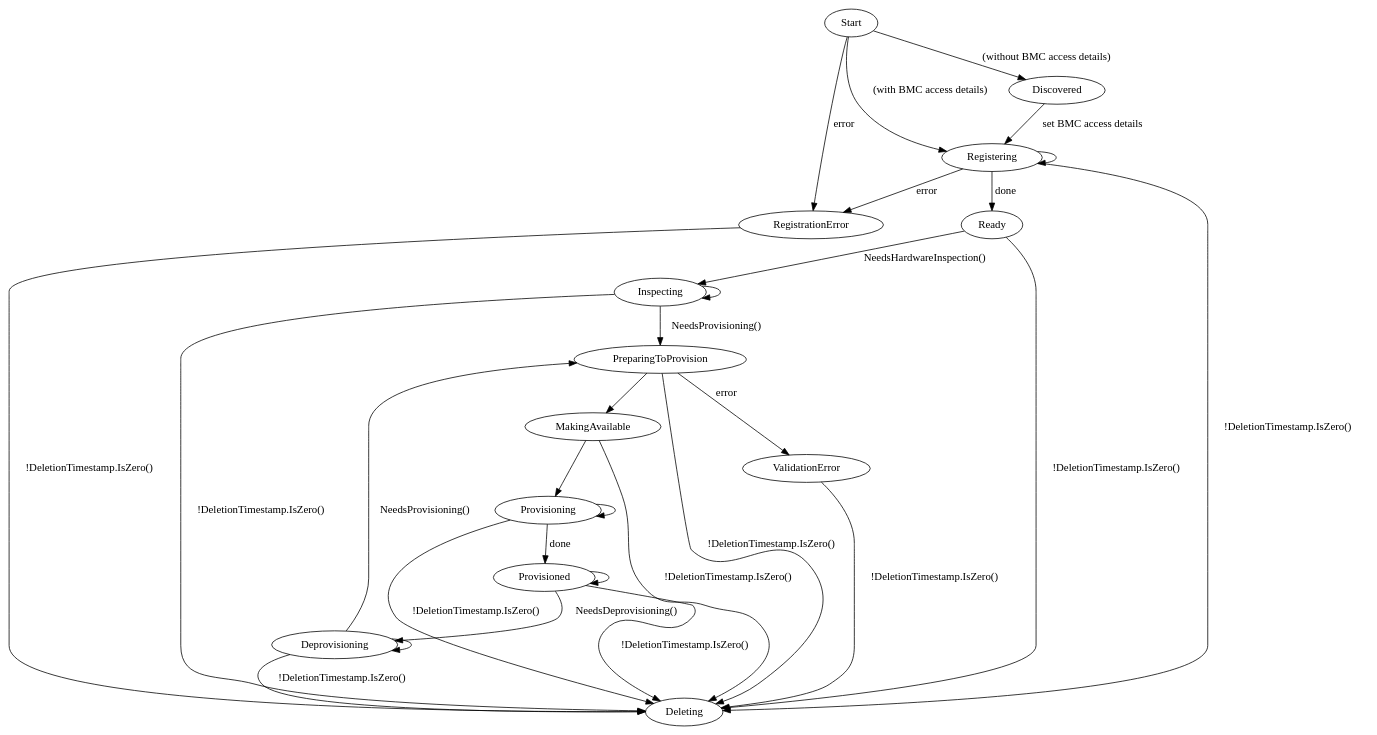
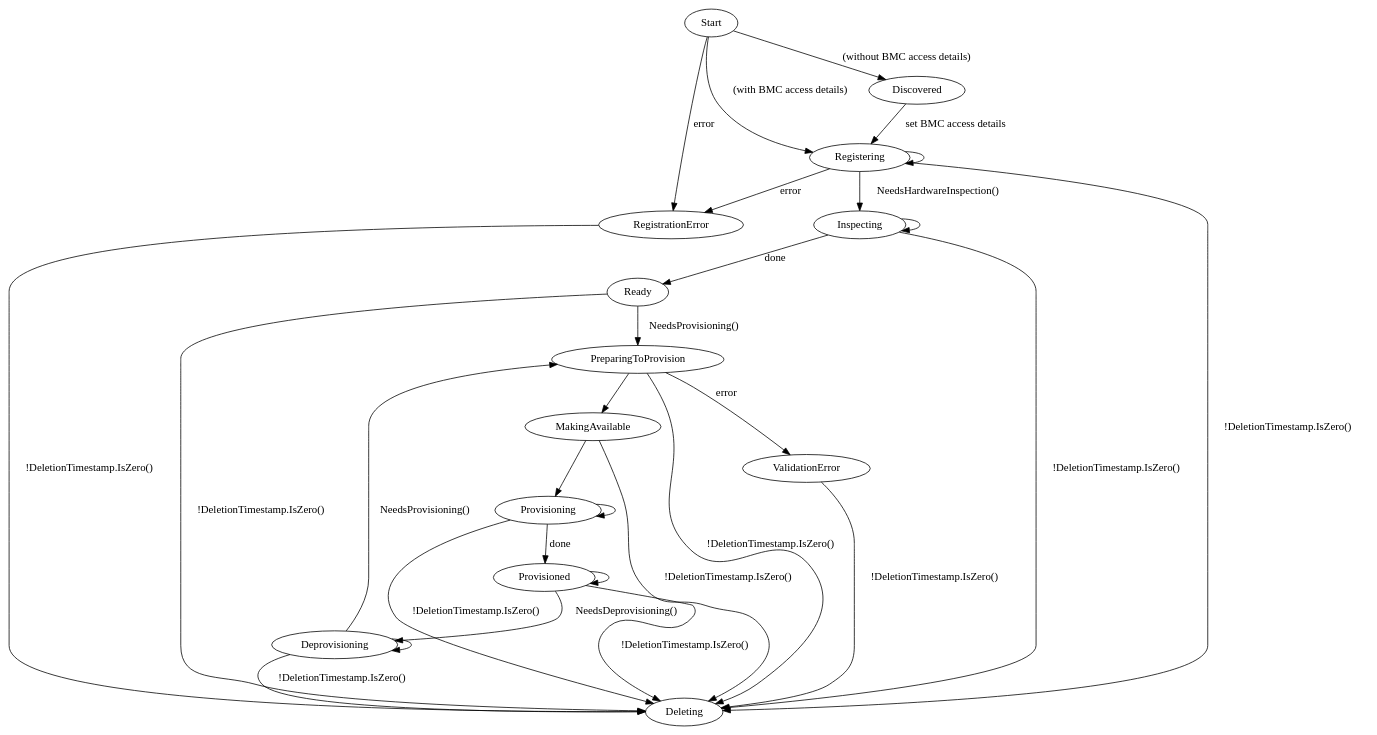
The diagram in docs/BaremetalHost_ProvisioningState.dot (metal3-io/baremetal-operator), drawn with Graphviz before and after one commit. The commit also changed 1 other file, not shown here.

Commit message:
fix order of ready and inspecting states
Nodes move directly from registering to inspecting and then pause at
ready before starting the provisioning flow.

```diff
--- a/docs/BaremetalHost_ProvisioningState.dot
+++ b/docs/BaremetalHost_ProvisioningState.dot
@@ -1,31 +1,31 @@
 digraph BaremetalHost {
     Start -> Discovered [label="(without BMC access details)"]
     Discovered -> Registering [label="set BMC access details"]
     Start -> Registering [label="(with BMC access details)"]
     Start -> RegistrationError [label=error]
     Registering -> Registering
-    Registering -> Ready [label=done]
+    Registering -> Inspecting [label="NeedsHardwareInspection()"]
     Registering -> Deleting [label="!DeletionTimestamp.IsZero()"]
     Registering -> RegistrationError [label=error]
     RegistrationError -> Deleting [label="!DeletionTimestamp.IsZero()"]
-    Ready -> Inspecting [label="NeedsHardwareInspection()"]
     Ready -> Deleting [label="!DeletionTimestamp.IsZero()"]
     Inspecting -> Inspecting
     Inspecting -> Deleting [label="!DeletionTimestamp.IsZero()"]
-    Inspecting -> PreparingToProvision [label="NeedsProvisioning()"]
+    Inspecting -> Ready [label="done"]
+    Ready -> PreparingToProvision [label="NeedsProvisioning()"]
     PreparingToProvision -> ValidationError [label=error]
     ValidationError -> Deleting [label="!DeletionTimestamp.IsZero()"]
     PreparingToProvision -> MakingAvailable
     PreparingToProvision -> Deleting [label="!DeletionTimestamp.IsZero()"]
     MakingAvailable -> Provisioning
     MakingAvailable -> Deleting [label="!DeletionTimestamp.IsZero()"]
     Provisioning -> Provisioning
     Provisioning -> Deleting [label="!DeletionTimestamp.IsZero()"]
     Provisioning -> Provisioned [label=done]
     Provisioned -> Provisioned
     Provisioned -> Deprovisioning [label="NeedsDeprovisioning()"]
     Provisioned -> Deleting [label="!DeletionTimestamp.IsZero()"]
     Deprovisioning -> Deprovisioning
     Deprovisioning -> Deleting [label="!DeletionTimestamp.IsZero()"]
     Deprovisioning -> PreparingToProvision [label="NeedsProvisioning()"]
 }
```
